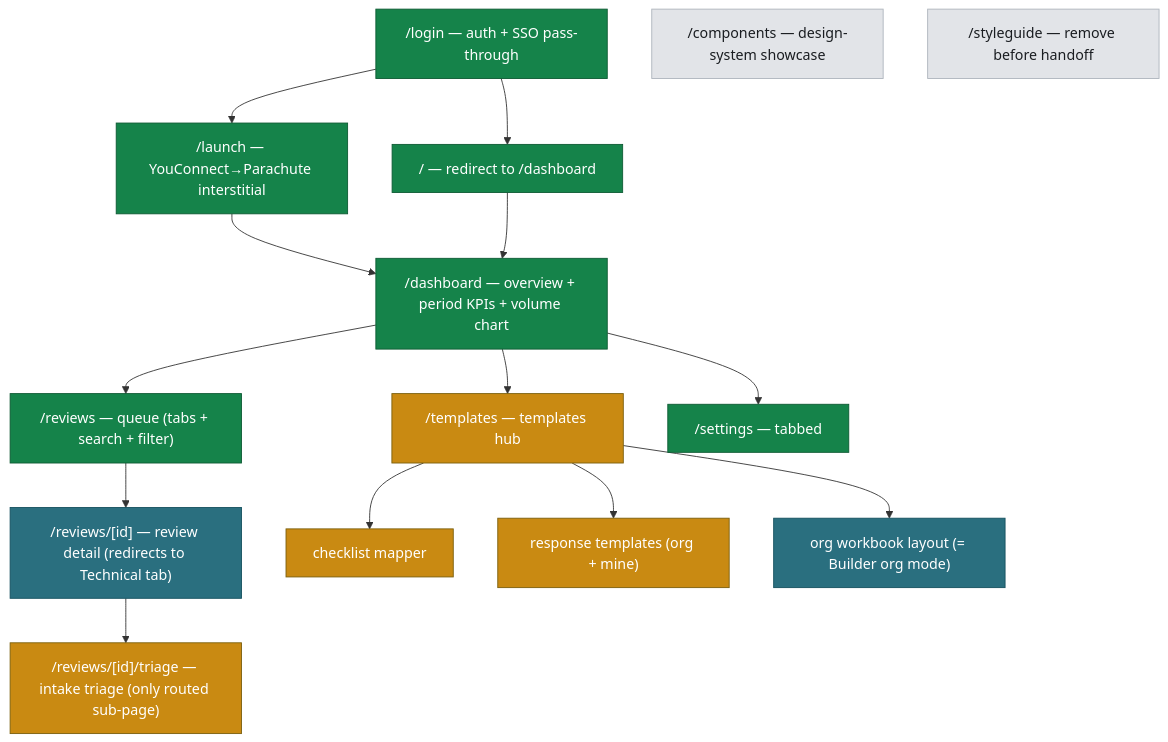
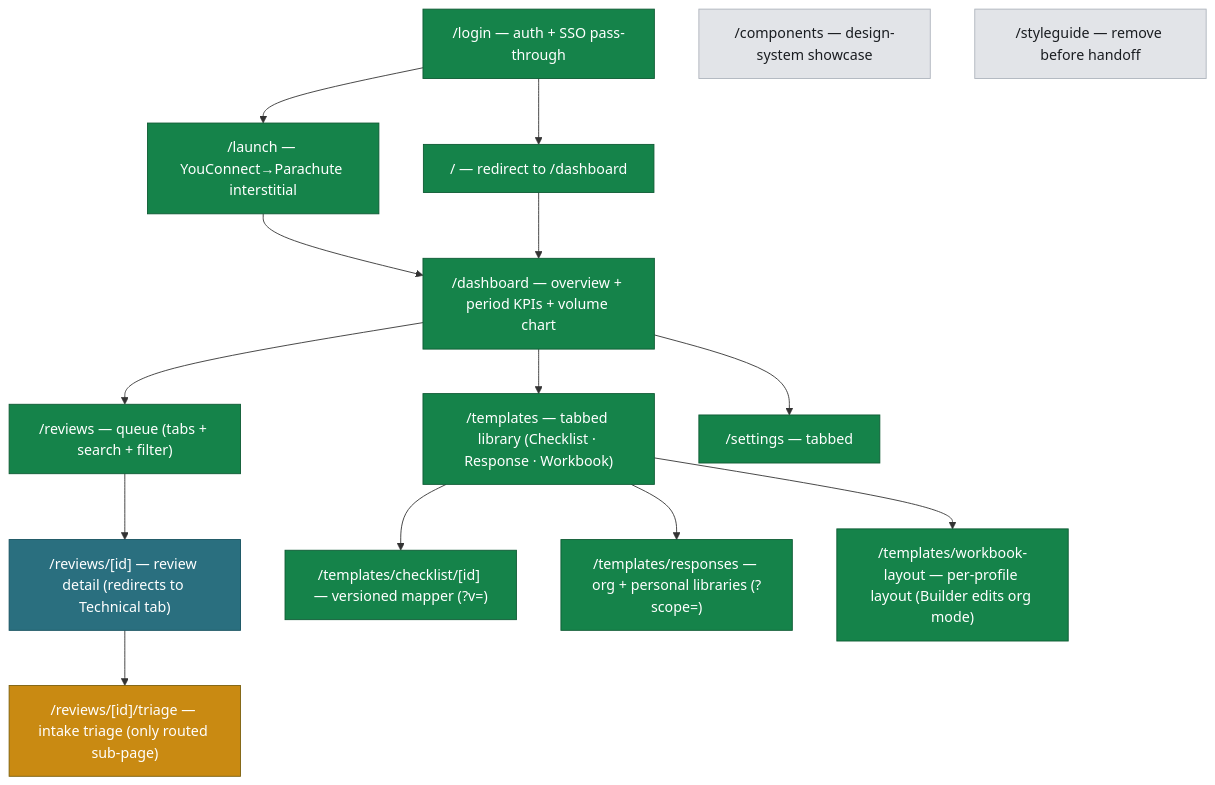
The first of 4 diagrams in docs/plans/parachute-v2-ia-map.md (val-brandcave/parachute-app), drawn with Mermaid before and after one commit. The commit also changed other lines of this file and 7 other files, not shown here.

````diff
--- a/docs/plans/parachute-v2-ia-map.md
+++ b/docs/plans/parachute-v2-ia-map.md
@@ -17,35 +17,35 @@
 ```mermaid
 graph TD
   classDef built fill:#15834A,stroke:#0d5a33,color:#fff;
   classDef locked fill:#2A6F7F,stroke:#14505E,color:#fff;
   classDef undecided fill:#C98A12,stroke:#7a5e0c,color:#fff;
   classDef temp fill:#E2E4E8,stroke:#aeb4bc,color:#1A1D21;
 
   login["/login — auth + SSO pass-through"]:::built
   launch["/launch — YouConnect→Parachute interstitial"]:::built
   root["/ — redirect to /dashboard"]:::built
   dash["/dashboard — overview + period KPIs + volume chart"]:::built
   reviews["/reviews — queue (tabs + search + filter)"]:::built
   rid["/reviews/[id] — review detail (redirects to Technical tab)"]:::locked
   triage["/reviews/[id]/triage — intake triage (only routed sub-page)"]:::undecided
-  templates["/templates — templates hub"]:::undecided
-  tpl_chk["checklist mapper"]:::undecided
-  tpl_resp["response templates (org + mine)"]:::undecided
-  tpl_layout["org workbook layout (= Builder org mode)"]:::locked
+  templates["/templates — tabbed library (Checklist · Response · Workbook)"]:::built
+  tpl_chk["/templates/checklist/[id] — versioned mapper (?v=)"]:::built
+  tpl_resp["/templates/responses — org + personal libraries (?scope=)"]:::built
+  tpl_layout["/templates/workbook-layout — per-profile layout (Builder edits org mode)"]:::built
   settings["/settings — tabbed"]:::built
   components["/components — design-system showcase"]:::temp
   styleguide["/styleguide — remove before handoff"]:::temp
 
   login --> launch
   login --> root
   launch --> dash
   root --> dash
   dash --> reviews
   reviews --> rid
   rid --> triage
   dash --> templates
   templates --> tpl_chk
   templates --> tpl_resp
   templates --> tpl_layout
   dash --> settings
 ```
````
